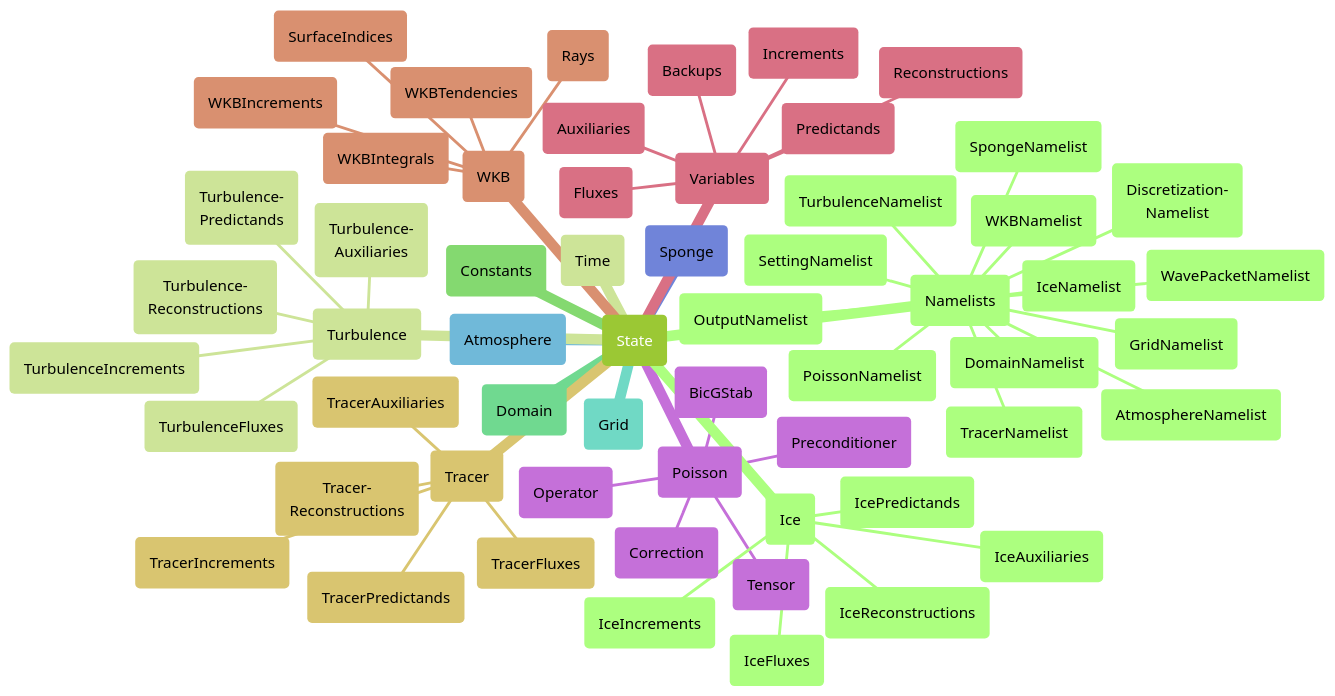
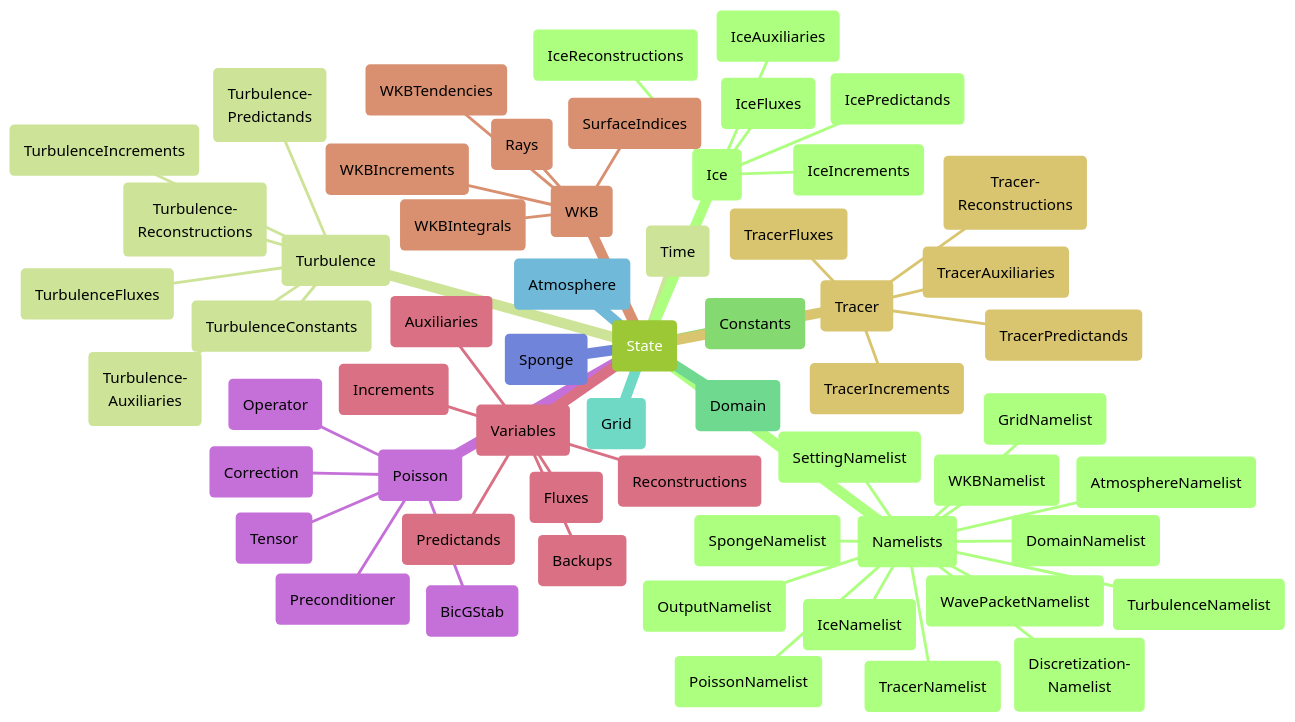
Before and after one commit to Atmospheric-Dynamics-GUF/PinCFlow.jl: the second of 2 diagrams in README.md, drawn with Mermaid. The commit also changed 3 other files, not shown here.

````diff
--- a/README.md
+++ b/README.md
@@ -227,67 +227,68 @@
 ```mermaid
 ---
 config:
     theme: forest
     fontFamily: monospace
 ---
 
 mindmap
     root(State)
         (Namelists)
             (AtmosphereNamelist)
             (Discretization-<br>Namelist)
             (DomainNamelist)
             (GridNamelist)
             (IceNamelist)
             (OutputNamelist)
             (PoissonNamelist)
             (SettingNamelist)
             (SpongeNamelist)
             (TracerNamelist)
             (TurbulenceNamelist)
             (WavePacketNamelist)
             (WKBNamelist)
         (Time)
         (Constants)
         (Domain)
         (Grid)
         (Atmosphere)
         (Sponge)
         (Poisson)
             (BicGStab)
             (Correction)
             (Operator)
             (Preconditioner)
             (Tensor)
         (Variables)
             (Auxiliaries)
             (Backups)
             (Fluxes)
             (Predictands)
             (Reconstructions)
             (Increments)
         (WKB)
             (WKBIntegrals)
             (WKBTendencies)
             (WKBIncrements)
             (Rays)
             (SurfaceIndices)
         (Tracer)
             (TracerAuxiliaries)
             (TracerFluxes)
             (TracerPredictands)
             (Tracer-<br>Reconstructions)
             (TracerIncrements)
         (Ice)
             (IceAuxiliaries)
             (IceFluxes)
             (IcePredictands)
             (IceReconstructions)
             (IceIncrements)
         (Turbulence)
             (Turbulence-<br>Auxiliaries)
             (TurbulenceFluxes)
+            (TurbulenceConstants)
             (Turbulence-<br>Predictands)
             (Turbulence-<br>Reconstructions)
             (TurbulenceIncrements)
 ```
````
